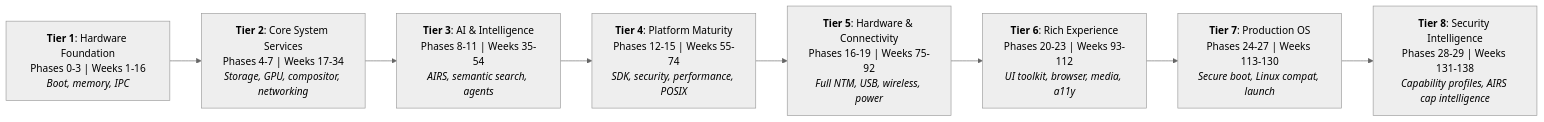
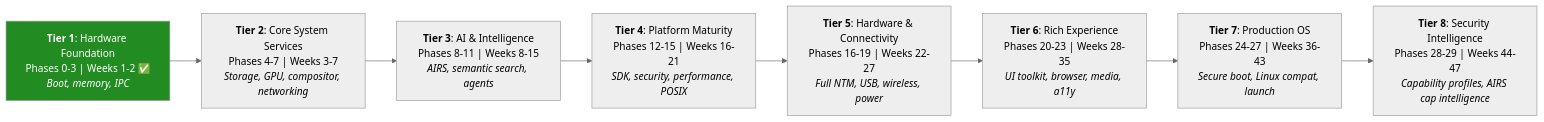
One commit to juslee/aios changed the first of 2 diagrams in docs/project/development-plan.md. Above: the diagram before and after it, drawn with Mermaid (neutral theme). The commit also changed other lines of this file and 1 other file, not shown here.

First line of the commit message:
Docs: Update development plan with revised timeline and Gate 1 retrospective

````diff
--- a/docs/project/development-plan.md
+++ b/docs/project/development-plan.md
@@ -14,29 +19,31 @@
 ```mermaid
 flowchart LR
     T1["`**Tier 1**: Hardware Foundation
-    Phases 0-3 | Weeks 1-16
+    Phases 0-3 | Weeks 1-2 ✅
     *Boot, memory, IPC*`"]
     T2["`**Tier 2**: Core System Services
-    Phases 4-7 | Weeks 17-34
+    Phases 4-7 | Weeks 3-7
     *Storage, GPU, compositor, networking*`"]
     T3["`**Tier 3**: AI & Intelligence
-    Phases 8-11 | Weeks 35-54
+    Phases 8-11 | Weeks 8-15
     *AIRS, semantic search, agents*`"]
     T4["`**Tier 4**: Platform Maturity
-    Phases 12-15 | Weeks 55-74
+    Phases 12-15 | Weeks 16-21
     *SDK, security, performance, POSIX*`"]
     T5["`**Tier 5**: Hardware & Connectivity
-    Phases 16-19 | Weeks 75-92
+    Phases 16-19 | Weeks 22-27
     *Full NTM, USB, wireless, power*`"]
     T6["`**Tier 6**: Rich Experience
-    Phases 20-23 | Weeks 93-112
+    Phases 20-23 | Weeks 28-35
     *UI toolkit, browser, media, a11y*`"]
     T7["`**Tier 7**: Production OS
-    Phases 24-27 | Weeks 113-130
+    Phases 24-27 | Weeks 36-43
     *Secure boot, Linux compat, launch*`"]
     T8["`**Tier 8**: Security Intelligence
-    Phases 28-29 | Weeks 131-138
+    Phases 28-29 | Weeks 44-47
     *Capability profiles, AIRS cap intelligence*`"]
 
     T1 --> T2 --> T3 --> T4 --> T5 --> T6 --> T7 --> T8
+
+    style T1 fill:#228B22,color:white
 ```
````
